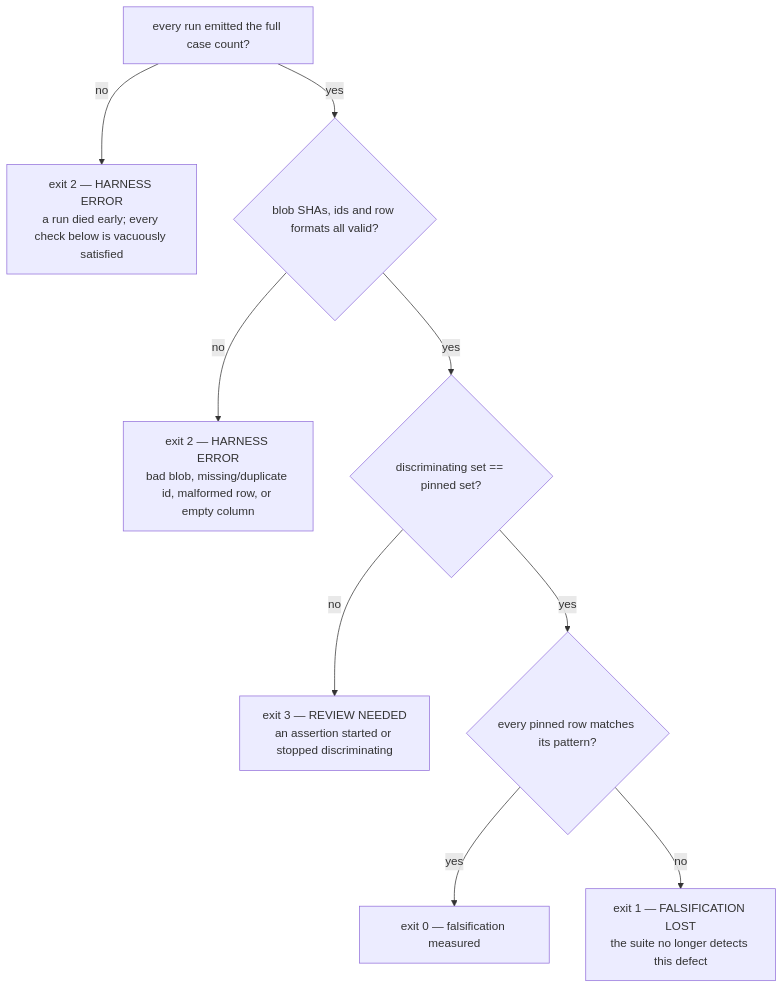
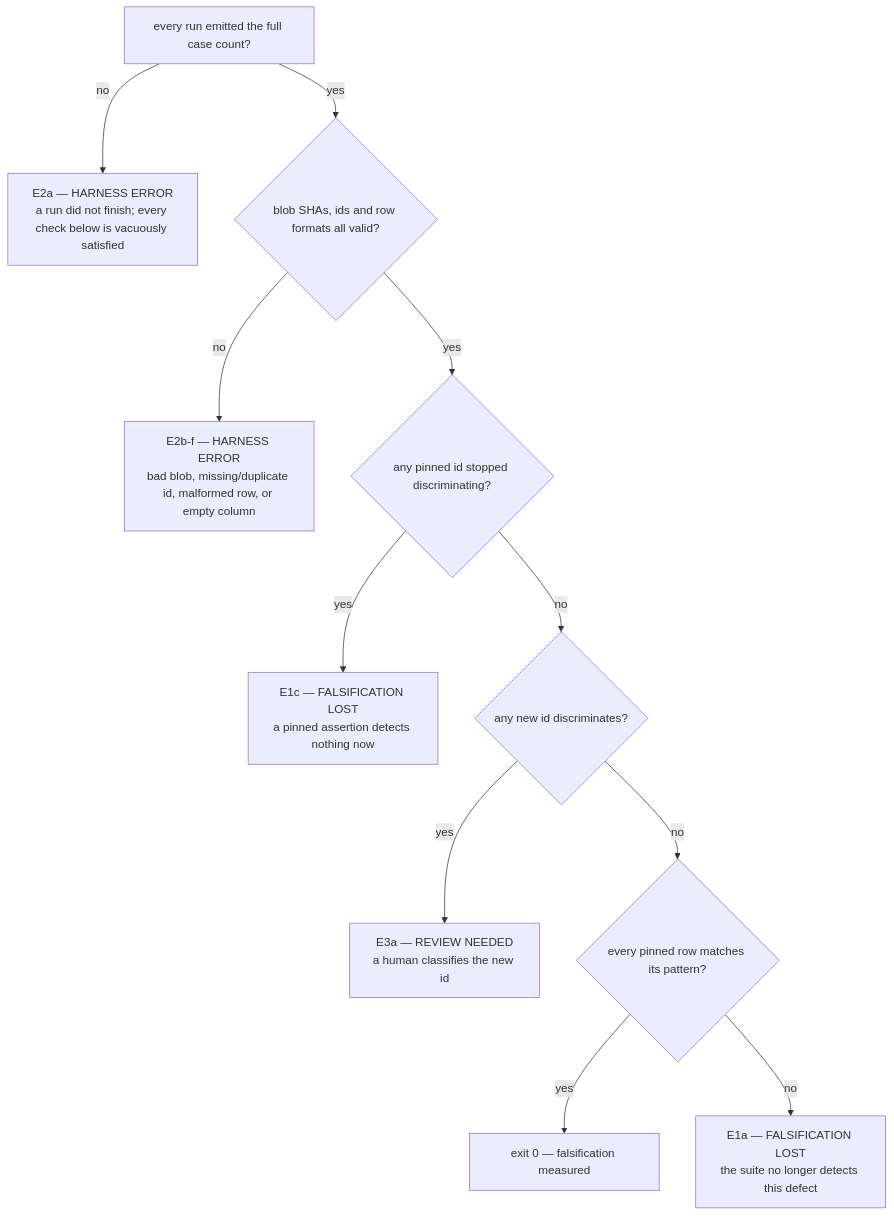
Before and after one commit to suyatdev/.claude: the diagram in docs/features/falsify-harness-signatures.md, drawn with Mermaid. The commit also changed other lines of this file, not shown here.

````diff
--- a/docs/features/falsify-harness-signatures.md
+++ b/docs/features/falsify-harness-signatures.md
@@ -421,11 +484,13 @@
 ```mermaid
 flowchart TD
-    A[every run emitted the full case count?] -->|no| E2["exit 2 — HARNESS ERROR<br/>a run died early; every check below is vacuously satisfied"]
+    A[every run emitted the full case count?] -->|no| E2["E2a — HARNESS ERROR<br/>a run did not finish; every check below is vacuously satisfied"]
     A -->|yes| B{blob SHAs, ids and row formats all valid?}
-    B -->|no| E["exit 2 — HARNESS ERROR<br/>bad blob, missing/duplicate id, malformed row, or empty column"]
-    B -->|yes| D{discriminating set == pinned set?}
-    D -->|no| E3["exit 3 — REVIEW NEEDED<br/>an assertion started or stopped discriminating"]
-    D -->|yes| C{every pinned row matches its pattern?}
+    B -->|no| E["E2b-f — HARNESS ERROR<br/>bad blob, missing/duplicate id, malformed row, or empty column"]
+    B -->|yes| G{any pinned id stopped discriminating?}
+    G -->|yes| L1["E1c — FALSIFICATION LOST<br/>a pinned assertion detects nothing now"]
+    G -->|no| D{any new id discriminates?}
+    D -->|yes| E3["E3a — REVIEW NEEDED<br/>a human classifies the new id"]
+    D -->|no| C{every pinned row matches its pattern?}
     C -->|yes| P["exit 0 — falsification measured"]
-    C -->|no| F["exit 1 — FALSIFICATION LOST<br/>the suite no longer detects this defect"]
+    C -->|no| F["E1a — FALSIFICATION LOST<br/>the suite no longer detects this defect"]
 ```
````
